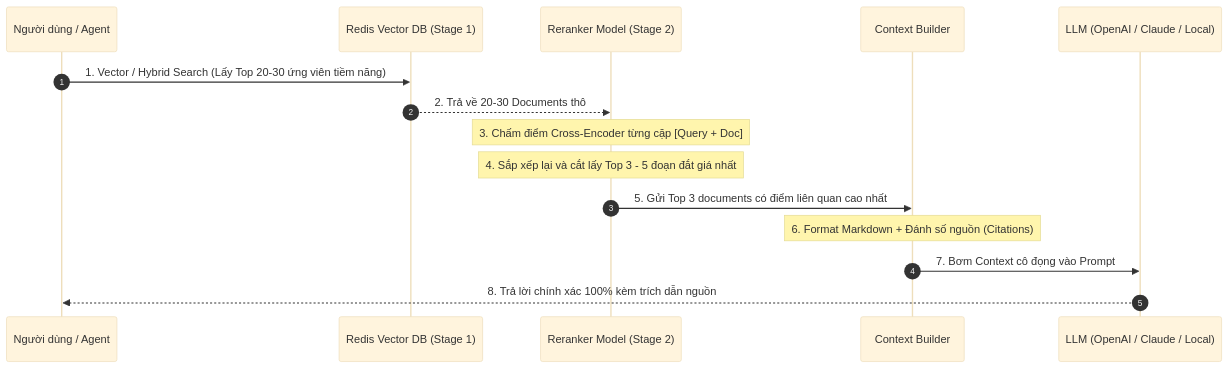
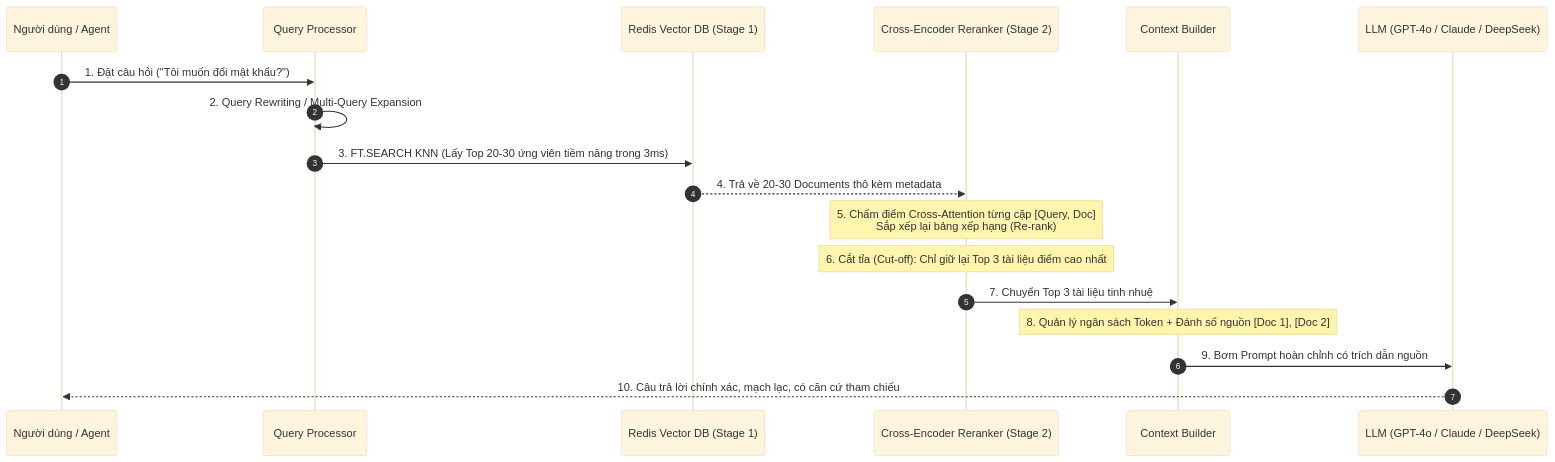
The second of 3 diagrams in 2-vector-search-and-rag/3-rag-pipeline-and-reranking.md (hieutran0204/Redis_Iris), drawn with Mermaid (base theme) before and after one commit. The commit also changed other lines of this file, not shown here.

Commit message:
feat(rag): elevate chapter 2.3 with production two-stage retrieval, query rewriting, and real redis hnsw lab

````diff
--- a/2-vector-search-and-rag/3-rag-pipeline-and-reranking.md
+++ b/2-vector-search-and-rag/3-rag-pipeline-and-reranking.md
@@ -55,18 +61,21 @@
 ```mermaid
 sequenceDiagram
     autonumber
     participant U as Người dùng / Agent
+    participant QP as Query Processor
     participant R as Redis Vector DB (Stage 1)
-    participant RK as Reranker Model (Stage 2)
-    participant P as Context Builder
-    participant LLM as LLM (OpenAI / Claude / Local)
+    participant RK as Cross-Encoder Reranker (Stage 2)
+    participant CB as Context Builder
+    participant LLM as LLM (GPT-4o / Claude / DeepSeek)
 
-    U->>R: 1. Vector / Hybrid Search (Lấy Top 20-30 ứng viên tiềm năng)
-    R-->>RK: 2. Trả về 20-30 Documents thô
-    Note over RK: 3. Chấm điểm Cross-Encoder từng cặp [Query + Doc]
-    Note over RK: 4. Sắp xếp lại và cắt lấy Top 3 - 5 đoạn đắt giá nhất
-    RK->>P: 5. Gửi Top 3 documents có điểm liên quan cao nhất
-    Note over P: 6. Format Markdown + Đánh số nguồn (Citations)
-    P->>LLM: 7. Bơm Context cô đọng vào Prompt
-    LLM-->>U: 8. Trả lời chính xác 100% kèm trích dẫn nguồn
+    U->>QP: 1. Đặt câu hỏi ("Tôi muốn đổi mật khẩu?")
+    QP->>QP: 2. Query Rewriting / Multi-Query Expansion
+    QP->>R: 3. FT.SEARCH KNN (Lấy Top 20-30 ứng viên tiềm năng trong 3ms)
+    R-->>RK: 4. Trả về 20-30 Documents thô kèm metadata
+    Note over RK: 5. Chấm điểm Cross-Attention từng cặp [Query, Doc]<br/>Sắp xếp lại bảng xếp hạng (Re-rank)
+    Note over RK: 6. Cắt tỉa (Cut-off): Chỉ giữ lại Top 3 tài liệu điểm cao nhất
+    RK->>CB: 7. Chuyển Top 3 tài liệu tinh nhuệ
+    Note over CB: 8. Quản lý ngân sách Token + Đánh số nguồn [Doc 1], [Doc 2]
+    CB->>LLM: 9. Bơm Prompt hoàn chỉnh có trích dẫn nguồn
+    LLM-->>U: 10. Câu trả lời chính xác, mạch lạc, có căn cứ tham chiếu
 ```
````
